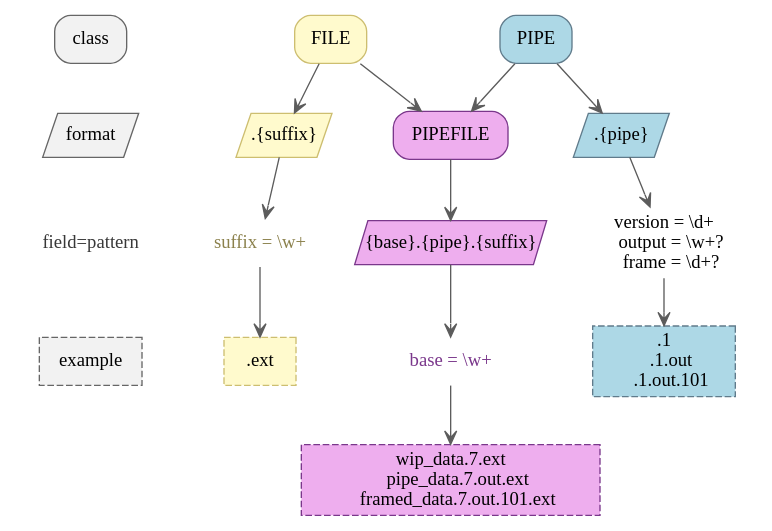
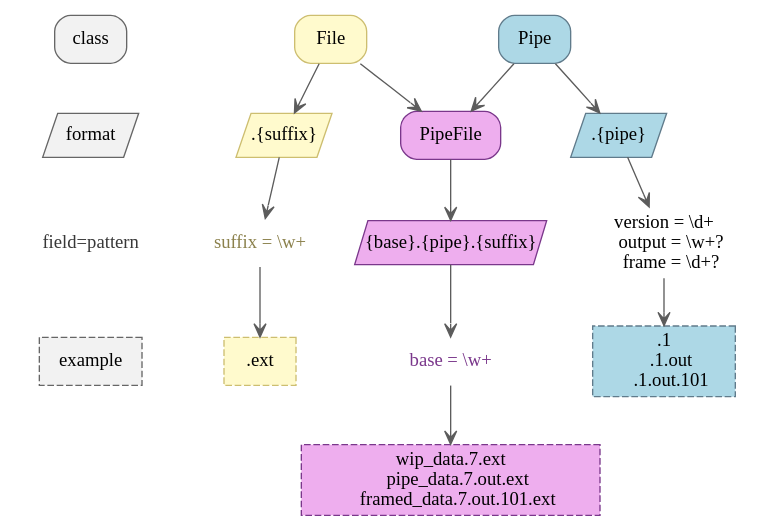
The diagram in docs/source/example.dot (chrizzFTD/naming), drawn with Graphviz before and after one commit. The commit also changed 1 other file, not shown here.

Commit message:
SVG as graphviz output format (#19)

```diff
--- a/docs/source/example.dot
+++ b/docs/source/example.dot
@@ -1,55 +1,55 @@
 strict digraph G {
     // nodes creation, shape and style defined here
     bgcolor=invis
     {
       node [style="rounded, filled" shape=box]
-      class, FILE, PIPE, PIPEFILE
+      class, File, Pipe, PipeFile
     }
     {
       node [style=filled margin=0 width=1 height=0.46 shape=polygon fixedsize=true skew=0.4]
       format, file_format, pipe_format, pipefile_format
     }
     {
       node [shape=none]
       patterns, file_patterns, pipe_patterns, pipefile_patterns
     }
     {
       node [style="dashed, filled" shape=box]
       example, file_example, pipe_example, pipefile_example
     }
     // connections, labels and color related updates by higher level groups
     subgraph legend {
         edge[style=invis]  // connect with invisible edges to emulate a legend
         class, format, example, patterns [color=gray40 fillcolor=gray95]
         patterns [label="field=pattern" fontcolor=gray22]
         class -> format -> patterns  -> example
     }
 
-    FILE, file_format, file_example [color=lightgoldenrod3 fillcolor=lemonchiffon1]
+    File, file_format, file_example [color=lightgoldenrod3 fillcolor=lemonchiffon1]
     file_format [label=".{suffix}"]
     file_example [label=".ext"]
     // escape the inverse slash so generated image displays one
     file_patterns [label="suffix = \\w+" fontcolor=lightgoldenrod4]
 
-    PIPE, pipe_format, pipe_example [color=lightskyblue4 fillcolor=lightblue]
+    Pipe, pipe_format, pipe_example [color=lightskyblue4 fillcolor=lightblue]
     pipe_format [label=".{pipe}"]
     pipe_example [label=".1
     .1.out
     .1.out.101"]
     pipe_patterns [label="version = \\d+
     output = \\w+?
     frame = \\d+?"]
 
-    PIPEFILE, pipefile_format, pipefile_example [color=mediumorchid4 fillcolor=plum2]
+    PipeFile, pipefile_format, pipefile_example [color=mediumorchid4 fillcolor=plum2]
     pipefile_format [skew=0.15 width=2 label="{base}.{pipe}.{suffix}"]
     pipefile_example [label="wip_data.7.ext
     pipe_data.7.out.ext
     framed_data.7.out.101.ext"]
     pipefile_patterns [label="base = \\w+" fontcolor=mediumorchid4]
 
     edge [color=gray36 arrowhead="vee"]
-    PIPE -> pipe_format -> pipe_patterns -> pipe_example
-    FILE -> file_format -> file_patterns -> file_example
-    PIPEFILE -> pipefile_format -> pipefile_patterns -> pipefile_example
-    {PIPE, FILE} -> PIPEFILE
+    Pipe -> pipe_format -> pipe_patterns -> pipe_example
+    File -> file_format -> file_patterns -> file_example
+    PipeFile -> pipefile_format -> pipefile_patterns -> pipefile_example
+    {Pipe, File} -> PipeFile
 }
```
